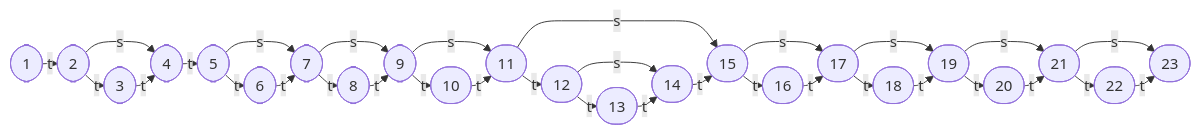
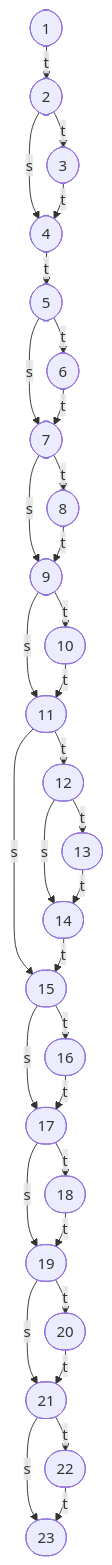
The diagram in README.md (dempxl/ILU4-TESTS), drawn with Mermaid before and after one commit. The commit also changed 1 other file, not shown here.

Commit message:
docs(specs.md) : Valeurs aux limites

````diff
--- a/README.md
+++ b/README.md
@@ -11,60 +11,60 @@
 ```mermaid
 %%{init: {'flowchart': {'rankSpacing': 10, 'nodeSpacing': 10}} }%%
-flowchart LR;
+flowchart TB;
     1([1])
     2([2])
     3([3])
     4([4])
     5([5])
     6([6])
     7([7])
     8([8])
     9([9])
     10([10])
     11([11])
     12([12])
     13([13])
     14([14])
     15([15])
     16([16])
     17([17])
     18([18])
     19([19])
     20([20])
     21([21])
     22([22])
     23([23])
 
     1 -- t --> 2
     2 -- t --> 3
     2 -- s --> 4
     3 -- t --> 4
     4 -- t --> 5
     5 -- t --> 6
     5 -- s --> 7
     6 -- t --> 7
     7 -- t --> 8
     7 -- s --> 9
     8 -- t --> 9
     9 -- t --> 10
     9 -- s --> 11
     10 -- t --> 11
     11 -- t --> 12
     11 -- s --> 15
     12 -- t --> 13
     12 -- s --> 14
     13 -- t --> 14
     14 -- t --> 15
     15 -- t --> 16
     15 -- s --> 17
     16 -- t --> 17
     17 -- t --> 18
     17 -- s --> 19
     18 -- t --> 19
     19 -- t --> 20
     19 -- s --> 21
     20 -- t --> 21
     21 -- t --> 22
     21 -- s --> 23
     22 -- t --> 23
 ```
````
